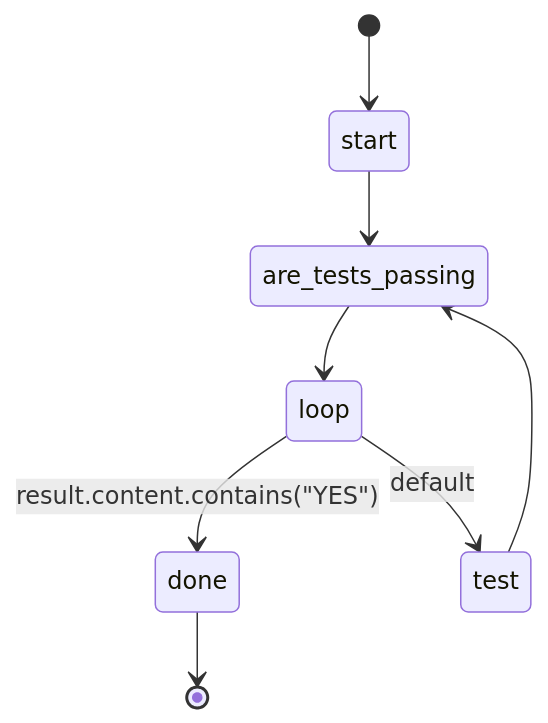
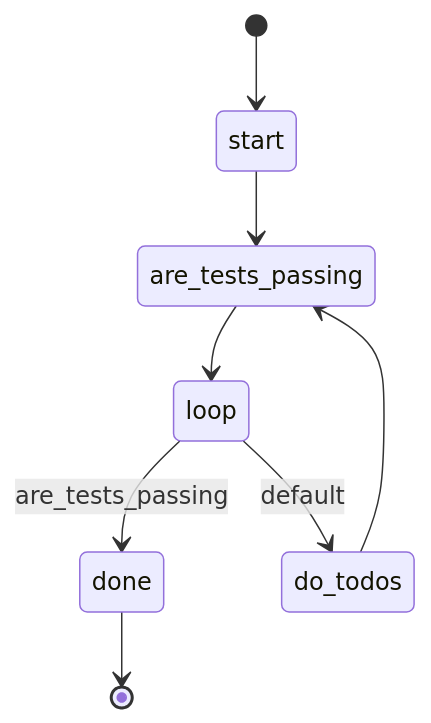
One commit to swissarmyhammer/swissarmyhammer changed the diagram in builtin/workflows/test.md. Above: the diagram before and after it, drawn with Mermaid. The commit also changed 27 other files, not shown here.

````diff
--- a/builtin/workflows/test.md
+++ b/builtin/workflows/test.md
@@ -11,10 +11,10 @@
 ```mermaid
 stateDiagram-v2
     [*] --> start
     start --> are_tests_passing
     are_tests_passing --> loop
-    loop --> done: result.content.contains("YES")
-    loop --> test: default
-    test --> are_tests_passing
+    loop --> done: are_tests_passing
+    loop --> do_todos: default
+    do_todos --> are_tests_passing
     done --> [*]
 ```
````
